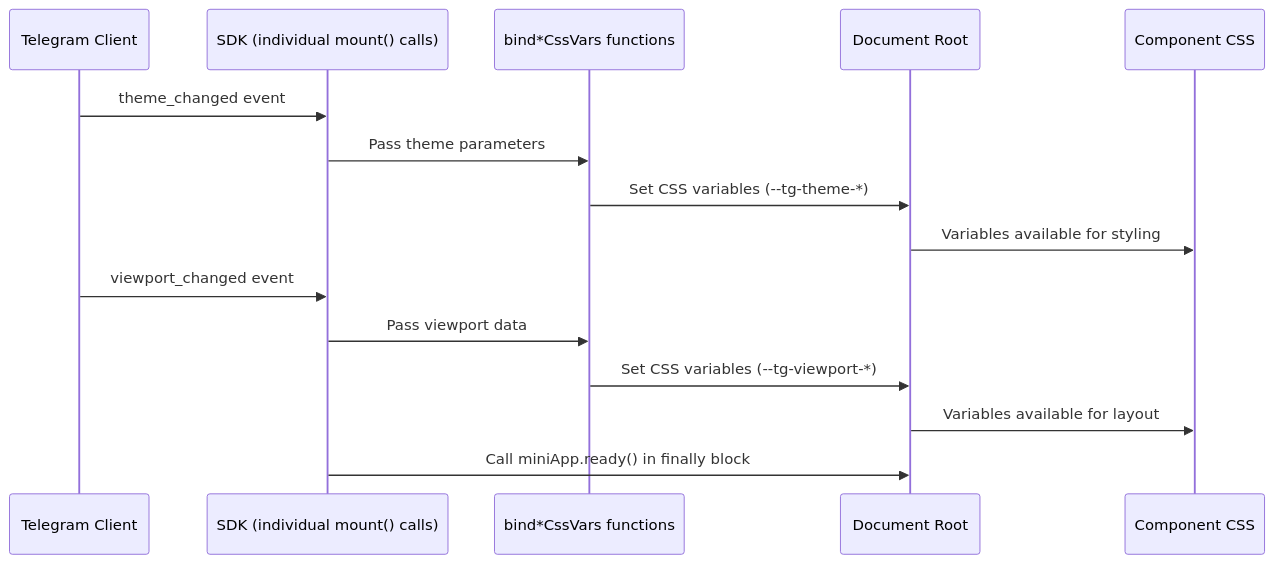
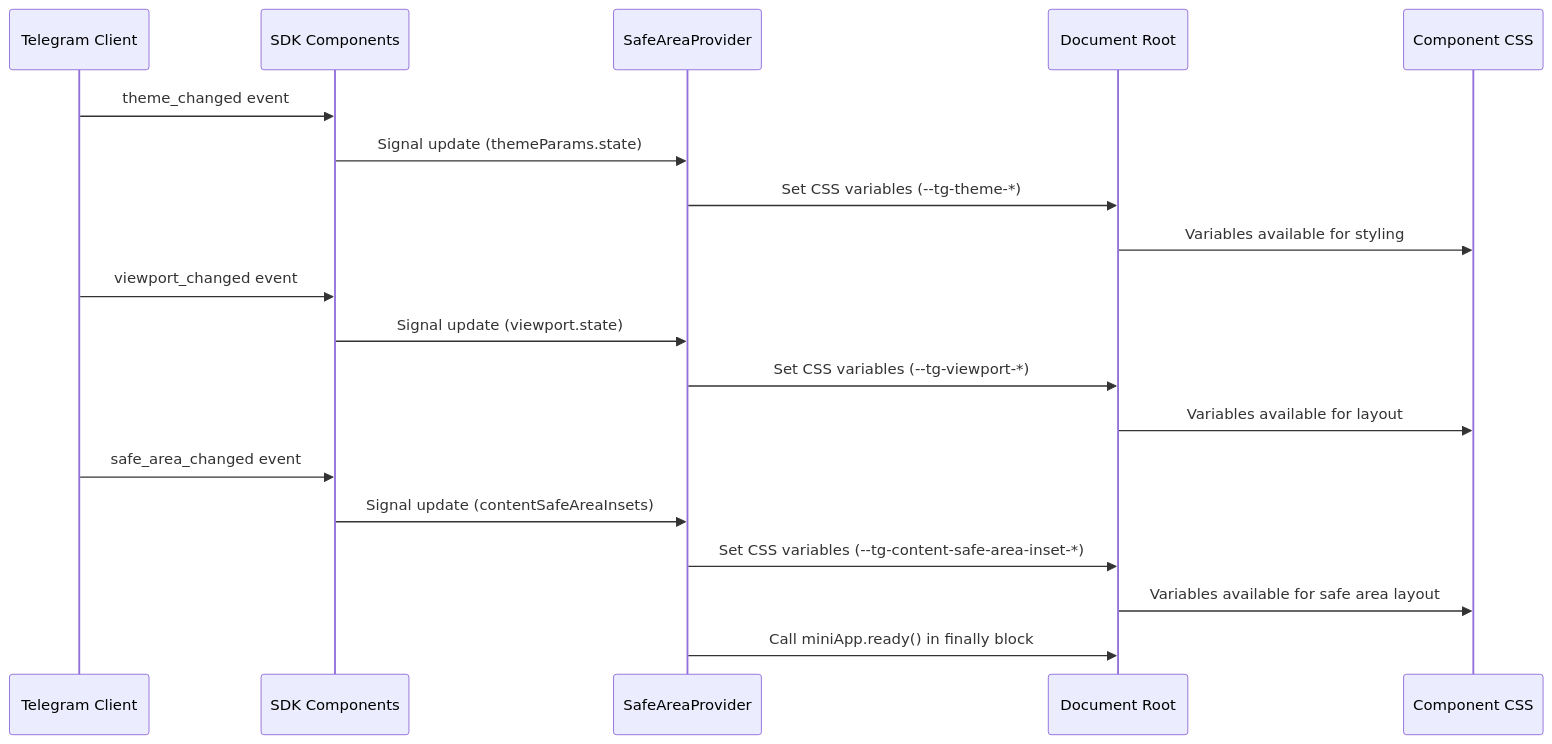
One commit to Miaterio/Passion-bot-2 changed the second of 4 diagrams in .qoder/repowiki/en/content/Core Architecture/Theme and Viewport Integration.md. Above: the diagram before and after it, drawn with Mermaid. The commit also changed other lines of this file and 199 other files, not shown here.

````diff
--- a/.qoder/repowiki/en/content/Core Architecture/Theme and Viewport Integration.md
+++ b/.qoder/repowiki/en/content/Core Architecture/Theme and Viewport Integration.md
@@ -96,17 +103,21 @@
 ```mermaid
 sequenceDiagram
 participant Telegram as Telegram Client
-participant SDK as SDK (individual mount() calls)
-participant Binder as bind*CssVars functions
+participant SDK as SDK Components
+participant SafeAreaProvider as SafeAreaProvider
 participant DOM as Document Root
 participant CSS as Component CSS
 Telegram->>SDK : theme_changed event
-SDK->>Binder : Pass theme parameters
-Binder->>DOM : Set CSS variables (--tg-theme-*)
+SDK->>SafeAreaProvider : Signal update (themeParams.state)
+SafeAreaProvider->>DOM : Set CSS variables (--tg-theme-*)
 DOM->>CSS : Variables available for styling
 Telegram->>SDK : viewport_changed event
-SDK->>Binder : Pass viewport data
-Binder->>DOM : Set CSS variables (--tg-viewport-*)
+SDK->>SafeAreaProvider : Signal update (viewport.state)
+SafeAreaProvider->>DOM : Set CSS variables (--tg-viewport-*)
 DOM->>CSS : Variables available for layout
-SDK->>DOM : Call miniApp.ready() in finally block
+Telegram->>SDK : safe_area_changed event
+SDK->>SafeAreaProvider : Signal update (contentSafeAreaInsets)
+SafeAreaProvider->>DOM : Set CSS variables (--tg-content-safe-area-inset-*)
+DOM->>CSS : Variables available for safe area layout
+SafeAreaProvider->>DOM : Call miniApp.ready() in finally block
 ```
````
